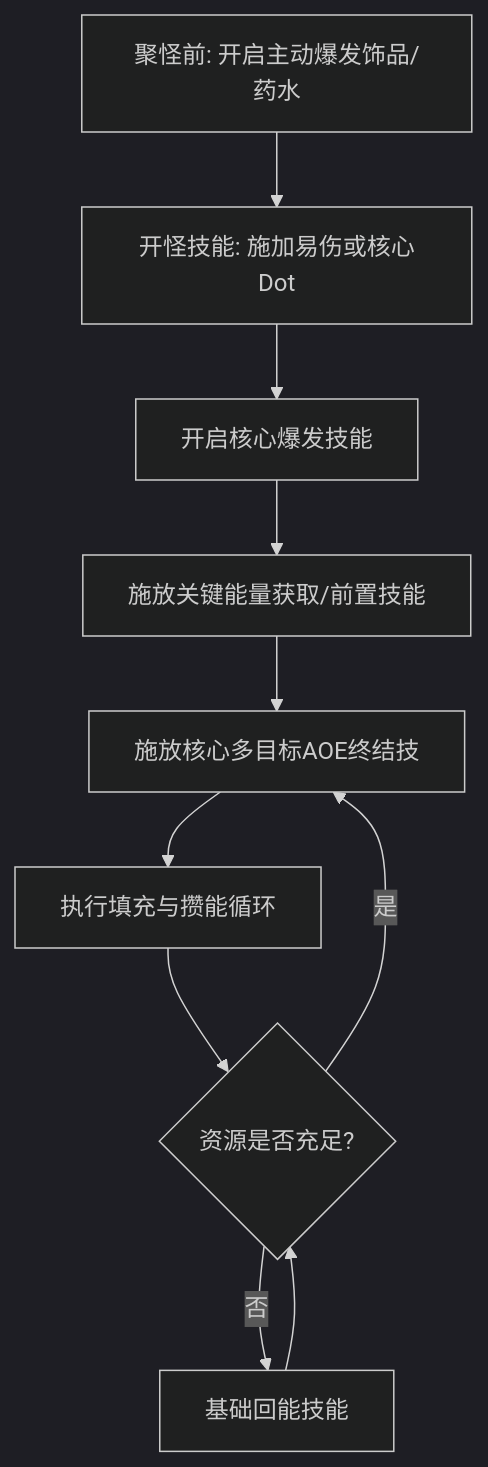
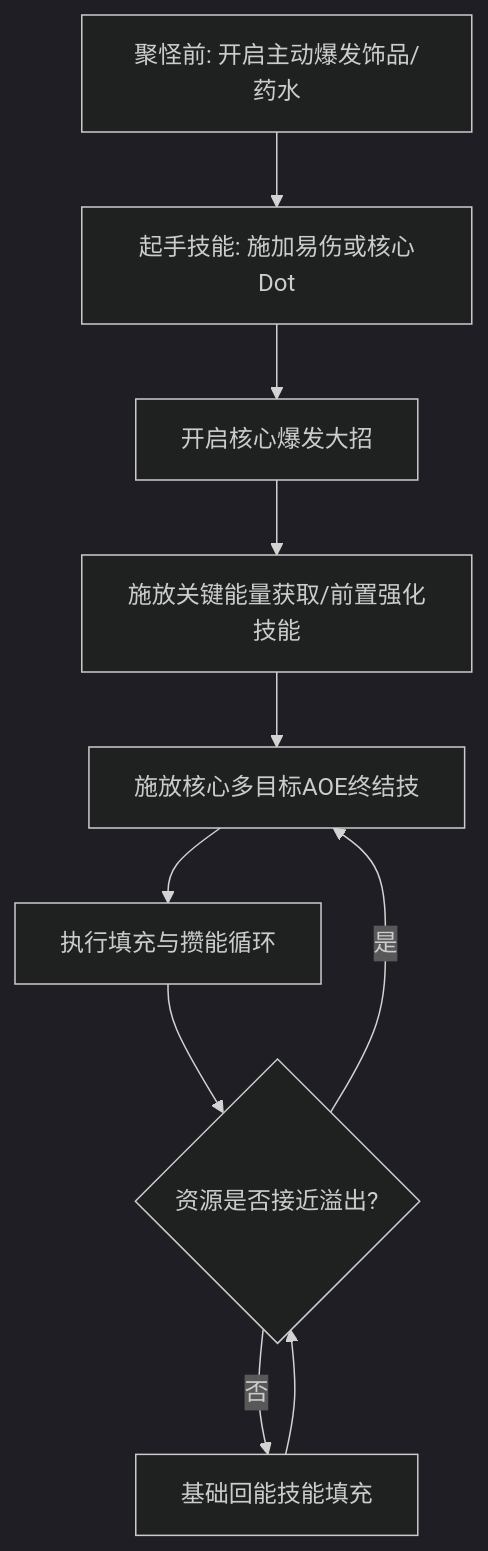
Before and after one commit to xidongdong-153/wow: the first of 4 diagrams in classes/_template/rotation.md, drawn with Mermaid. The commit also changed other lines of this file and 32 other files, not shown here.

````diff
--- a/classes/_template/rotation.md
+++ b/classes/_template/rotation.md
@@ -36,13 +41,13 @@
 ```mermaid
 %%{init: {"theme": "dark"}}%%
 flowchart TD
-    A[聚怪前: 开启主动爆发饰品/药水] --> B[开怪技能: 施加易伤或核心Dot]
-    B --> C[开启核心爆发技能]
-    C --> D[施放关键能量获取/前置技能]
+    A[聚怪前: 开启主动爆发饰品/药水] --> B[起手技能: 施加易伤或核心Dot]
+    B --> C[开启核心爆发大招]
+    C --> D[施放关键能量获取/前置强化技能]
     D --> E[施放核心多目标AOE终结技]
     E --> F[执行填充与攒能循环]
-    F --> G{资源是否充足?}
+    F --> G{资源是否接近溢出?}
     G -- 是 --> E
-    G -- 否 --> H[基础回能技能]
+    G -- 否 --> H[基础回能技能填充]
     H --> G
 ```
````
